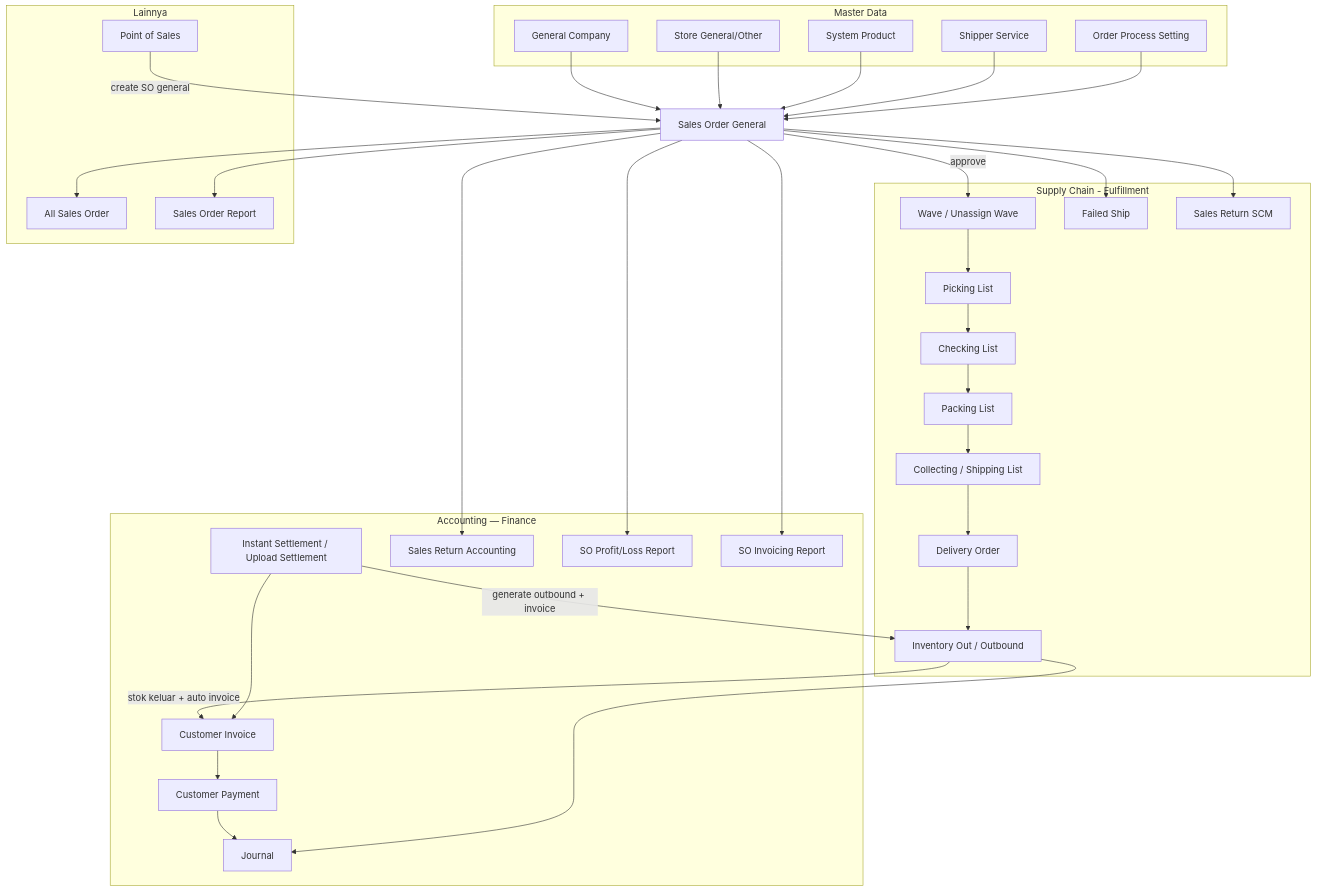
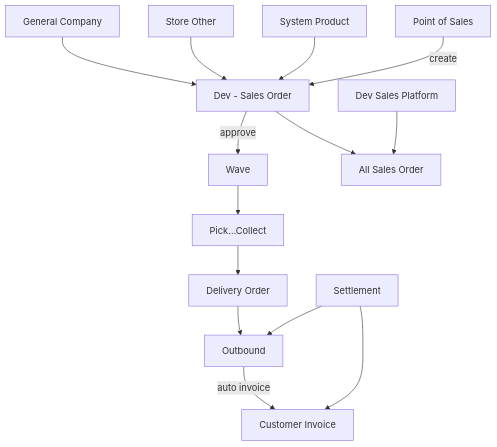
One commit to yendyr/olshoperp-docs changed the third of 3 diagrams in qa-docs/sales-order-general/requirement.md. Above: the diagram before and after it, drawn with Mermaid. The commit also changed other lines of this file and 33 other files, not shown here.

````diff
--- a/qa-docs/sales-order-general/requirement.md
+++ b/qa-docs/sales-order-general/requirement.md
@@ -522,55 +311,13 @@
 ```mermaid
 flowchart TB
-    SOG["Sales Order General"]
-
-    subgraph Master["Master Data"]
-        CUST["General Company"]
-        STORE["Store General/Other"]
-        PROD["System Product"]
-        SHIP["Shipper Service"]
-        OPS["Order Process Setting"]
-    end
-
-    subgraph SCM["Supply Chain - Fulfillment"]
-        WAVE["Wave / Unassign Wave"]
-        PICK["Picking List"]
-        CHECK["Checking List"]
-        PACK["Packing List"]
-        COLLECT["Collecting / Shipping List"]
-        DO["Delivery Order"]
-        OUT["Inventory Out / Outbound"]
-        FAIL["Failed Ship"]
-        RET["Sales Return SCM"]
-    end
-
-    subgraph ACC["Accounting — Finance"]
-        INV["Customer Invoice"]
-        SETTLE["Instant Settlement / Upload Settlement"]
-        PAY["Customer Payment"]
-        JRNL["Journal"]
-        RETACC["Sales Return Accounting"]
-        PL["SO Profit/Loss Report"]
-        SOI["SO Invoicing Report"]
-    end
-
-    subgraph Other["Lainnya"]
-        POS["Point of Sales"]
-        ASO["All Sales Order"]
-        SOR["Sales Order Report"]
-    end
-
-    CUST & STORE & PROD & SHIP --> SOG
-    OPS --> SOG
-    SOG -->|approve| WAVE
-    WAVE --> PICK --> CHECK --> PACK --> COLLECT
-    COLLECT --> DO --> OUT
-    SOG --> FAIL
-    OUT -->|"stok keluar + auto invoice"| INV
-    SETTLE -->|"generate outbound + invoice"| OUT
-    SETTLE --> INV
-    INV --> PAY --> JRNL
-    OUT --> JRNL
-    SOG --> RET & RETACC
-    POS -->|create SO general| SOG
-    SOG --> ASO & SOR & PL & SOI
+    SOG["Dev - Sales Order"]
+    CUST["General Company"] --> SOG
+    STORE["Store Other"] --> SOG
+    PROD["System Product"] --> SOG
+    POS["Point of Sales"] -->|create| SOG
+    SOG -->|approve| WAVE["Wave"] --> PROC["Pick…Collect"] --> DO["Delivery Order"] --> OUT["Outbound"]
+    OUT -->|auto invoice| INV["Customer Invoice"]
+    SETTLE["Settlement"] --> OUT & INV
+    SOG --> ASO["All Sales Order"]
+    SP["Dev Sales Platform"] --> ASO
 ```
````
